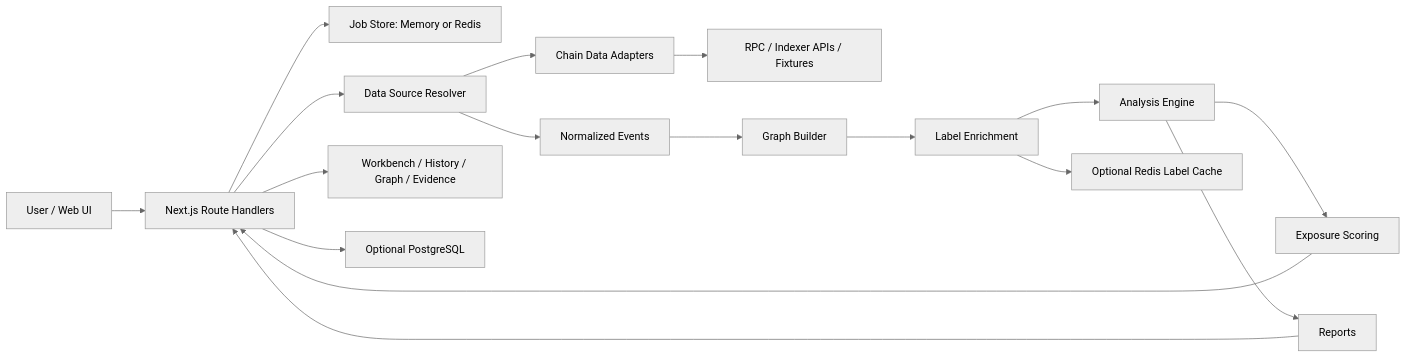
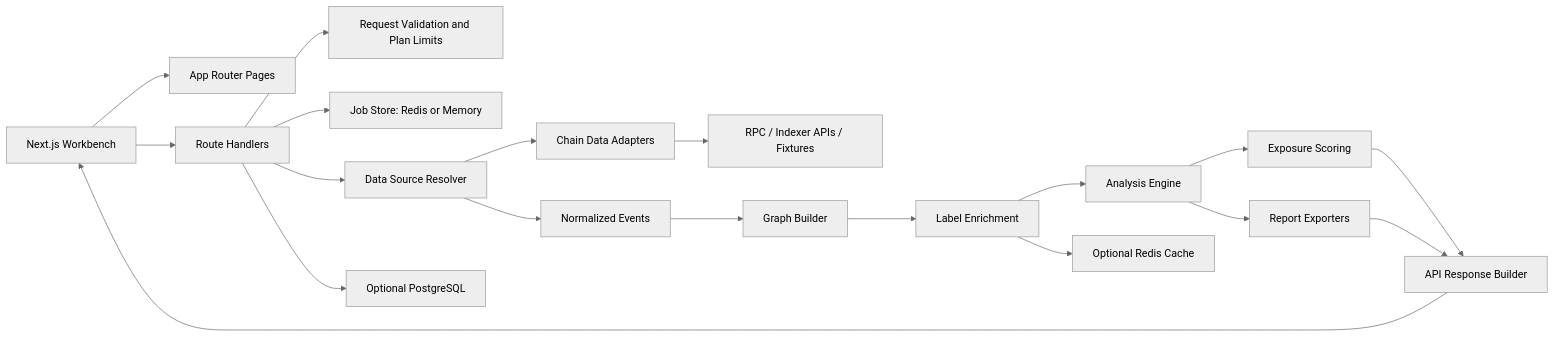
One commit to iruochen/wallet-map changed the diagram in docs/architecture-map.en.md. Above: the diagram before and after it, drawn with Mermaid (neutral theme). The commit also changed other lines of this file and 11 other files, not shown here.

Commit message:
docs: update architecture and vercel redis guidance

````diff
--- a/docs/architecture-map.en.md
+++ b/docs/architecture-map.en.md
@@ -30,19 +36,21 @@
 ```mermaid
 flowchart LR
-  U["User / Web UI"] --> API["Next.js Route Handlers"]
-  API --> JOB["Job Store: Memory or Redis"]
-  API --> PROVIDERS["Data Source Resolver"]
-  PROVIDERS --> ADAPTERS["Chain Data Adapters"]
-  ADAPTERS --> RPC["RPC / Indexer APIs / Fixtures"]
-  PROVIDERS --> CORE["Normalized Events"]
-  CORE --> GRAPH["Graph Builder"]
+  UI["Next.js Workbench"] --> ROUTES["App Router Pages"]
+  UI --> API["Route Handlers"]
+  API --> LIMITS["Request Validation and Plan Limits"]
+  API --> JOB["Job Store: Redis or Memory"]
+  API --> SOURCE["Data Source Resolver"]
+  SOURCE --> ADAPTERS["Chain Data Adapters"]
+  ADAPTERS --> PROVIDERS["RPC / Indexer APIs / Fixtures"]
+  SOURCE --> EVENTS["Normalized Events"]
+  EVENTS --> GRAPH["Graph Builder"]
   GRAPH --> LABELS["Label Enrichment"]
-  LABELS --> ENGINE["Analysis Engine"]
-  ENGINE --> SCORE["Exposure Scoring"]
-  ENGINE --> REPORTS["Reports"]
-  SCORE --> API
-  REPORTS --> API
-  API --> UI["Workbench / History / Graph / Evidence"]
-  API --> STORE["Optional PostgreSQL"]
-  LABELS --> CACHE["Optional Redis Label Cache"]
+  LABELS --> ANALYZERS["Analysis Engine"]
+  ANALYZERS --> SCORE["Exposure Scoring"]
+  ANALYZERS --> REPORTS["Report Exporters"]
+  SCORE --> RESPONSE["API Response Builder"]
+  REPORTS --> RESPONSE
+  RESPONSE --> UI
+  API --> PG["Optional PostgreSQL"]
+  LABELS --> CACHE["Optional Redis Cache"]
 ```
````
